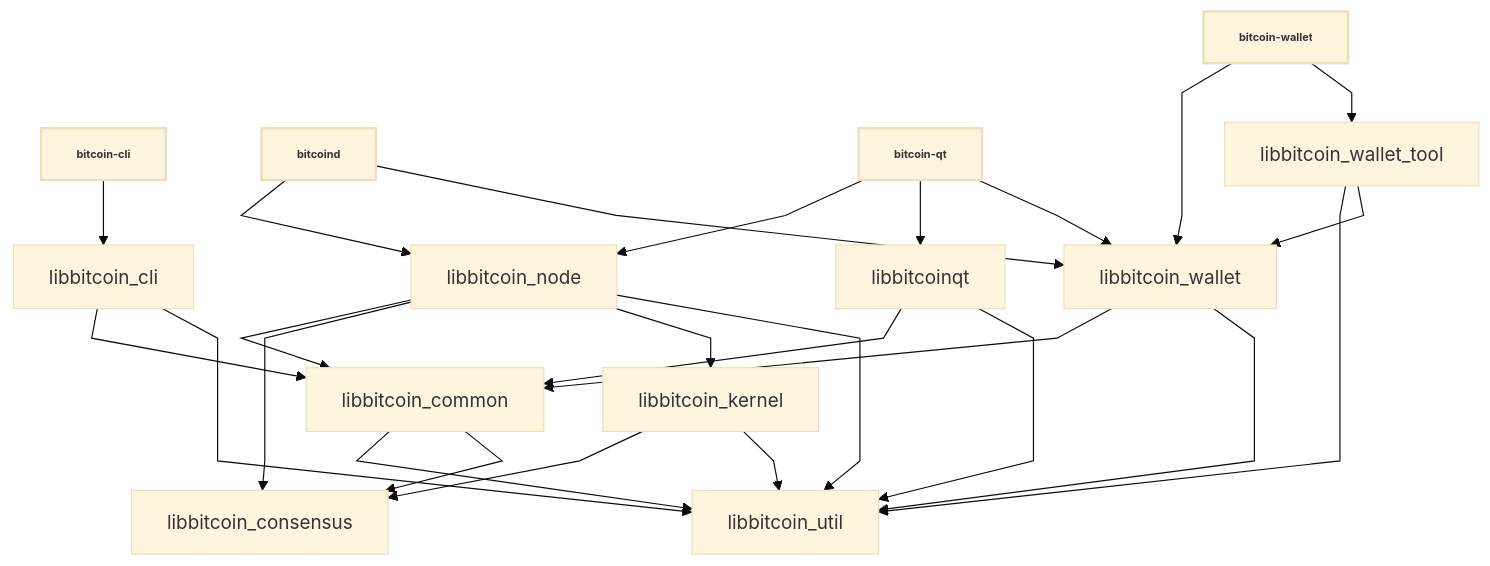
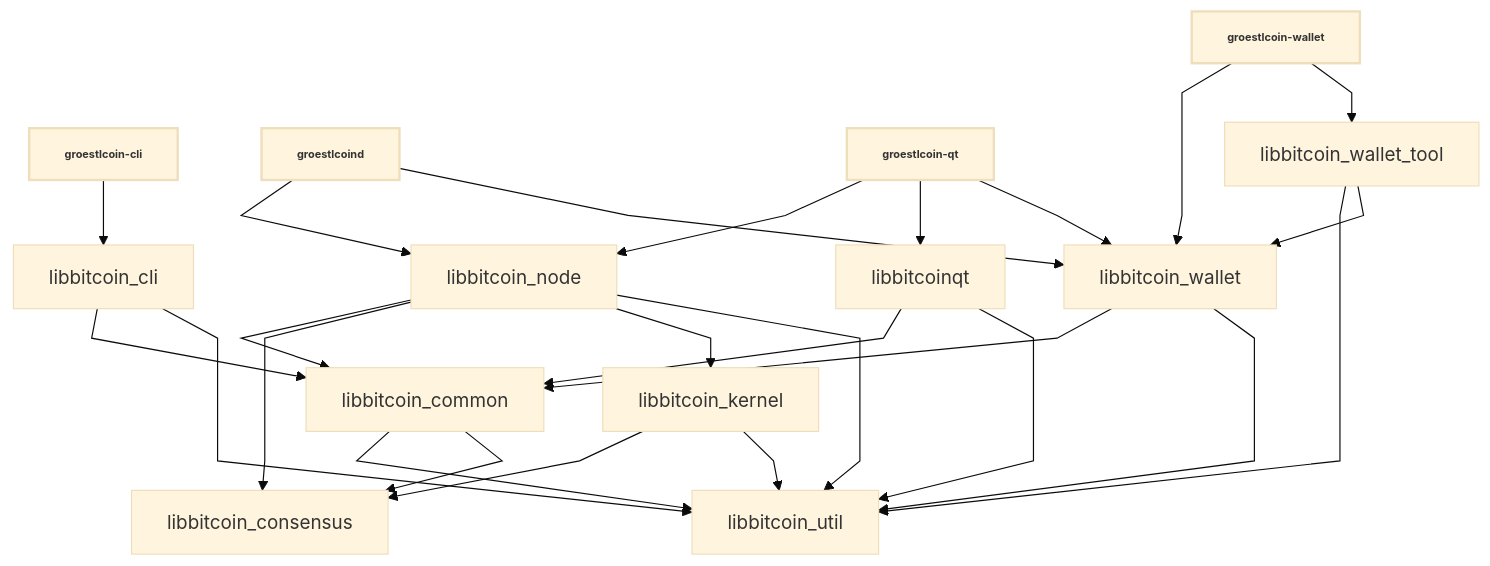
One commit to TheRetroMike/groestlcoin changed the diagram in doc/design/libraries.md. Above: the diagram before and after it, drawn with Mermaid (base theme). The commit also changed other lines of this file, not shown here.

Commit message:
Rename libraries doc

````diff
--- a/doc/design/libraries.md
+++ b/doc/design/libraries.md
@@ -36,44 +36,44 @@
 ```mermaid
 
 %%{ init : { "flowchart" : { "curve" : "linear" }}}%%
 
 graph TD;
 
-bitcoin-cli[bitcoin-cli]-->libbitcoin_cli;
+groestlcoin-cli[groestlcoin-cli]-->libbitcoin_cli;
 
-bitcoind[bitcoind]-->libbitcoin_node;
-bitcoind[bitcoind]-->libbitcoin_wallet;
+groestlcoind[groestlcoind]-->libbitcoin_node;
+groestlcoind[groestlcoind]-->libbitcoin_wallet;
 
-bitcoin-qt[bitcoin-qt]-->libbitcoin_node;
-bitcoin-qt[bitcoin-qt]-->libbitcoinqt;
-bitcoin-qt[bitcoin-qt]-->libbitcoin_wallet;
+groestlcoin-qt[groestlcoin-qt]-->libbitcoin_node;
+groestlcoin-qt[groestlcoin-qt]-->libbitcoinqt;
+groestlcoin-qt[groestlcoin-qt]-->libbitcoin_wallet;
 
-bitcoin-wallet[bitcoin-wallet]-->libbitcoin_wallet;
-bitcoin-wallet[bitcoin-wallet]-->libbitcoin_wallet_tool;
+groestlcoin-wallet[groestlcoin-wallet]-->libbitcoin_wallet;
+groestlcoin-wallet[groestlcoin-wallet]-->libbitcoin_wallet_tool;
 
 libbitcoin_cli-->libbitcoin_common;
 libbitcoin_cli-->libbitcoin_util;
 
 libbitcoin_common-->libbitcoin_util;
 libbitcoin_common-->libbitcoin_consensus;
 
 libbitcoin_kernel-->libbitcoin_consensus;
 libbitcoin_kernel-->libbitcoin_util;
 
 libbitcoin_node-->libbitcoin_common;
 libbitcoin_node-->libbitcoin_consensus;
 libbitcoin_node-->libbitcoin_kernel;
 libbitcoin_node-->libbitcoin_util;
 
 libbitcoinqt-->libbitcoin_common;
 libbitcoinqt-->libbitcoin_util;
 
 libbitcoin_wallet-->libbitcoin_common;
 libbitcoin_wallet-->libbitcoin_util;
 
 libbitcoin_wallet_tool-->libbitcoin_util;
 libbitcoin_wallet_tool-->libbitcoin_wallet;
 
 classDef bold stroke-width:2px, font-weight:bold, font-size: smaller;
-class bitcoin-qt,bitcoind,bitcoin-cli,bitcoin-wallet bold
+class groestlcoin-qt,groestlcoind,groestlcoin-cli,groestlcoin-wallet bold
 ```
````
